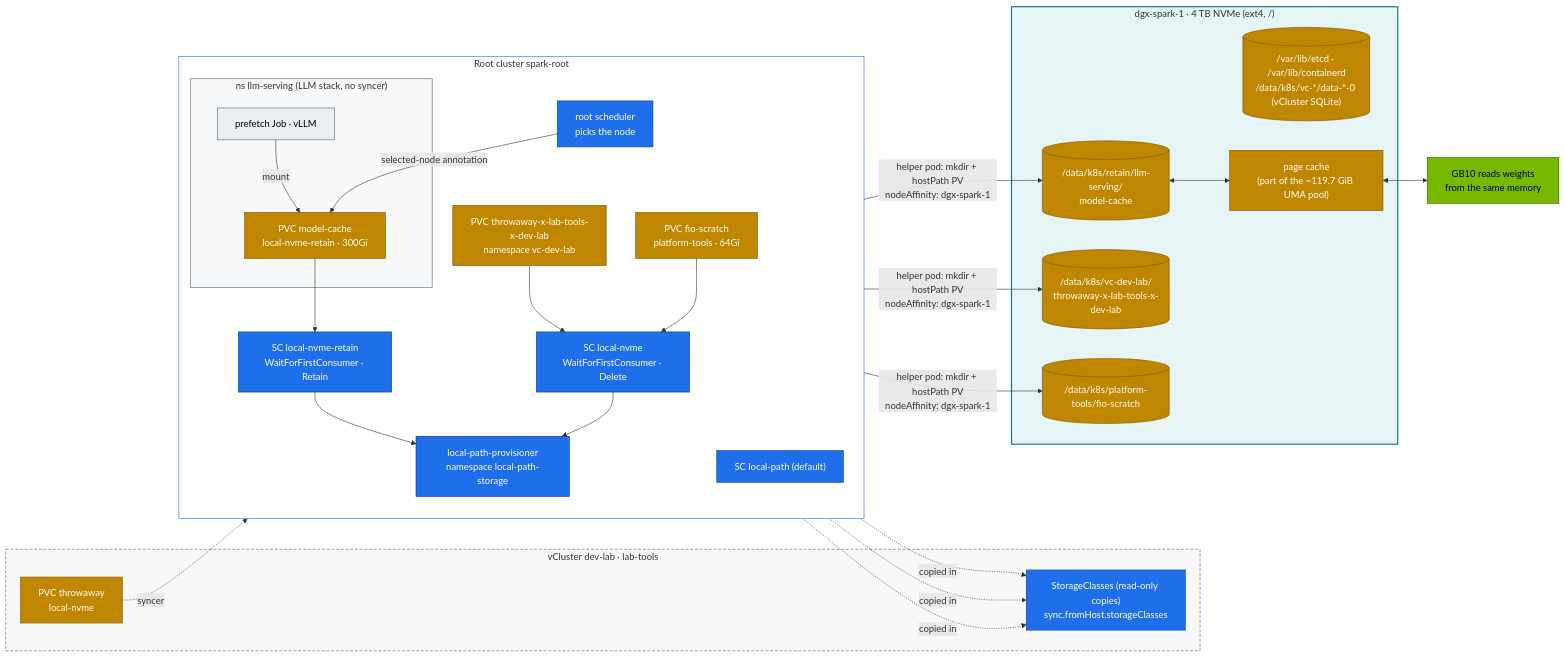
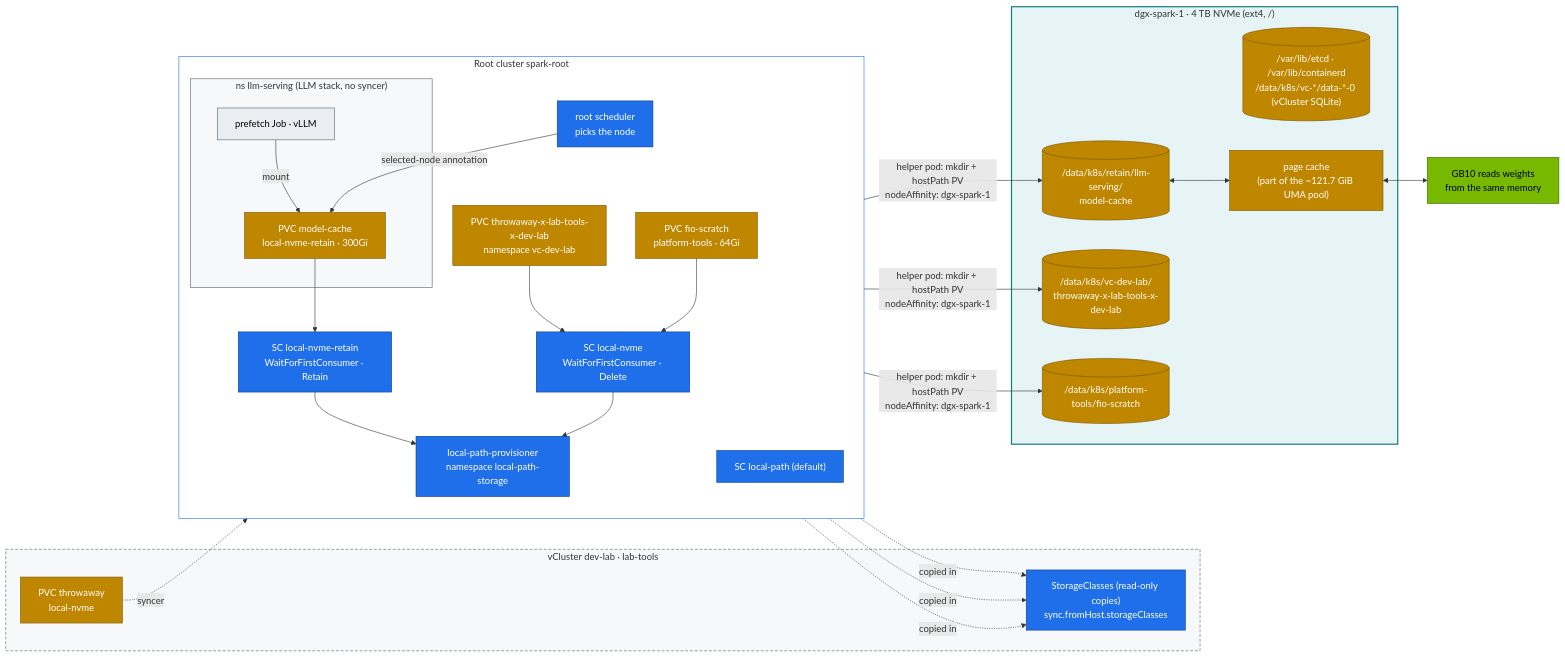
Before and after one commit to cloudone365/technical-depth: the diagram in 02-Kubernetes/13-storage-csi-and-high-performance-volumes.md, drawn with Mermaid. The commit also changed other lines of this file and 23 other files, not shown here.

````diff
--- a/02-Kubernetes/13-storage-csi-and-high-performance-volumes.md
+++ b/02-Kubernetes/13-storage-csi-and-high-performance-volumes.md
@@ -29,50 +29,50 @@
 ```mermaid
 flowchart LR
   subgraph VC["vCluster dev-lab · lab-tools"]
     PVCV["PVC throwaway<br/>local-nvme"]
     SCV["StorageClasses (read-only copies)<br/>sync.fromHost.storageClasses"]
   end
   subgraph ROOT["Root cluster spark-root"]
     direction TB
     SC1["SC local-nvme-retain<br/>WaitForFirstConsumer · Retain"]
     SC2["SC local-nvme<br/>WaitForFirstConsumer · Delete"]
     SC0["SC local-path (default)"]
     subgraph LLMS["ns llm-serving (LLM stack, no syncer)"]
       PODV["prefetch Job · vLLM"]
       PVCM["PVC model-cache<br/>local-nvme-retain · 300Gi"]
     end
     PVCR["PVC throwaway-x-lab-tools-x-dev-lab<br/>namespace vc-dev-lab"]
     PVC2["PVC fio-scratch<br/>platform-tools · 64Gi"]
     SCHED["root scheduler<br/>picks the node"]
     PROV["local-path-provisioner<br/>namespace local-path-storage"]
   end
   subgraph HOST["dgx-spark-1 · 4 TB NVMe (ext4, /)"]
     D1[("/data/k8s/retain/llm-serving/<br/>model-cache")]
     D4[("/data/k8s/vc-dev-lab/<br/>throwaway-x-lab-tools-x-dev-lab")]
     D2[("/data/k8s/platform-tools/fio-scratch")]
     D3[("/var/lib/etcd · /var/lib/containerd<br/>/data/k8s/vc-*/data-*-0 (vCluster SQLite)")]
-    PC["page cache<br/>(part of the ~119.7 GiB UMA pool)"]
+    PC["page cache<br/>(part of the ~121.7 GiB UMA pool)"]
   end
   SC1 & SC2 & SC0 -. "copied in" .-> SCV
   PODV -->|mount| PVCM
   PVCM --> SC1 --> PROV
   PVCV -. "syncer" .-> PVCR
   PVCR --> SC2
   PVC2 --> SC2 --> PROV
   SCHED -->|"selected-node annotation"| PVCM
   PROV -->|"helper pod: mkdir + hostPath PV<br/>nodeAffinity: dgx-spark-1"| D1 & D2 & D4
   D1 <--> PC
   PC <--> GPU["GB10 reads weights<br/>from the same memory"]
   classDef store fill:#bf8700,stroke:#7a5600,color:#fff
   classDef ctrl fill:#1f6feb,stroke:#0b3d91,color:#fff
   classDef gpu fill:#76b900,stroke:#3d6000,color:#000
   classDef tenant fill:#eaeef2,stroke:#57606a,color:#000
   class PVCV,PVCM,PVCR,PVC2,D1,D2,D3,D4,PC store
   class SC0,SC1,SC2,SCV,PROV,SCHED ctrl
   class GPU gpu
   class PODV tenant
   style HOST fill:#e6f4f5,stroke:#0e7c86,stroke-width:2px
   style ROOT fill:#ffffff,stroke:#1f6feb
   style VC fill:#f6f8fa,stroke:#57606a,stroke-dasharray:5 3
   style LLMS fill:#f6f8fa,stroke:#57606a
 ```
````
